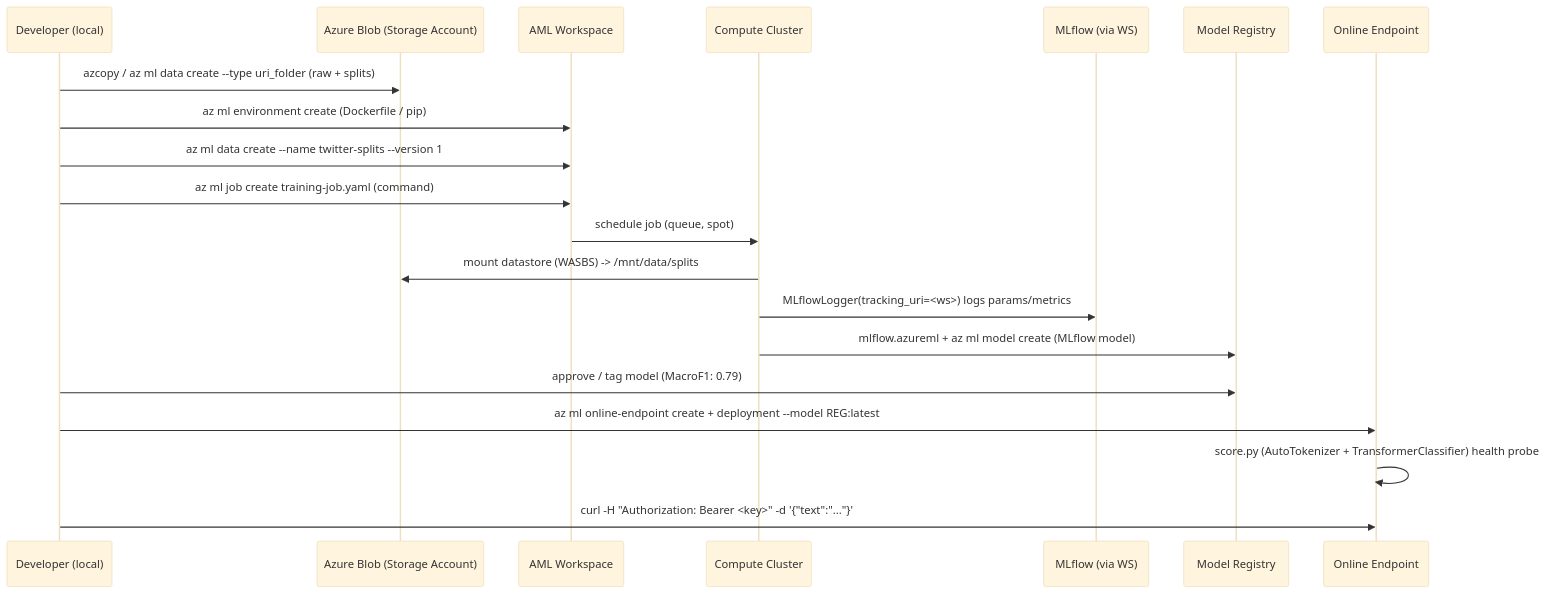
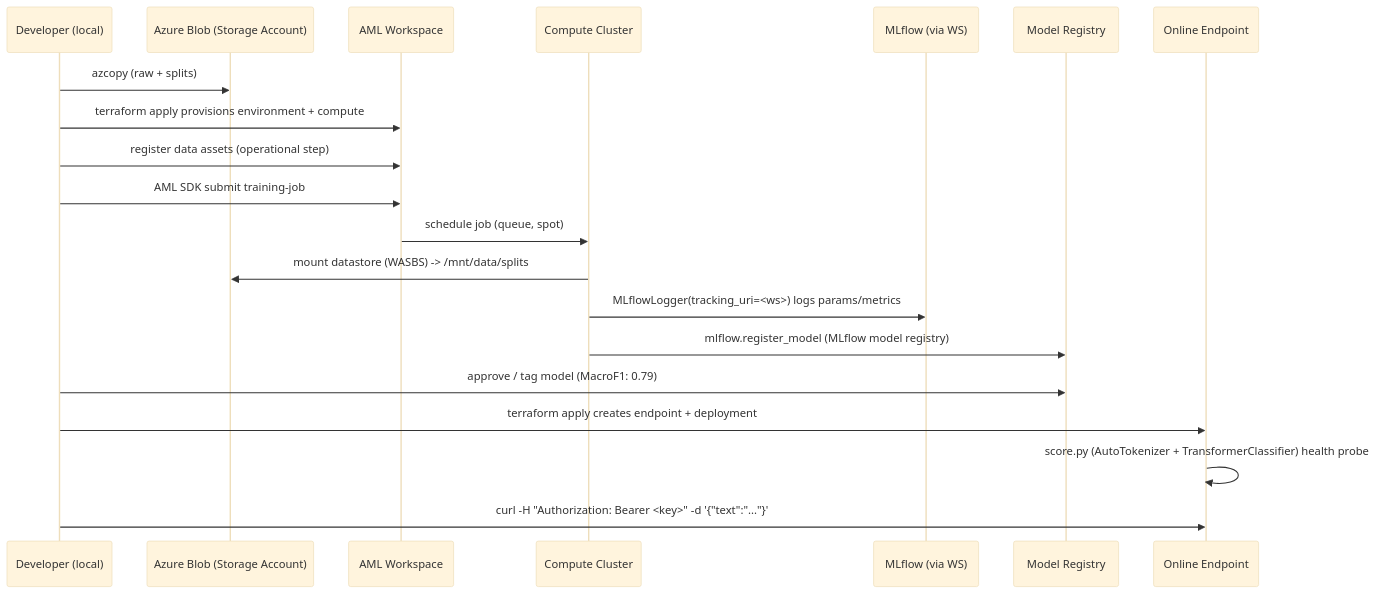
The second of 2 diagrams in docs/azure-infrastructure-plan.md (michaelschott00/twitter-sentiment-analysis), drawn with Mermaid (base theme) before and after one commit. The commit also changed other lines of this file, not shown here.

````diff
--- a/docs/azure-infrastructure-plan.md
+++ b/docs/azure-infrastructure-plan.md
@@ -122,23 +102,23 @@
 ```mermaid
 sequenceDiagram
     participant Dev as Developer (local)
     participant SA as Azure Blob (Storage Account)
     participant WS as AML Workspace
     participant CC as Compute Cluster
     participant ML as MLflow (via WS)
     participant REG as Model Registry
     participant EP as Online Endpoint
 
-    Dev->>SA: azcopy / az ml data create --type uri_folder (raw + splits)
-    Dev->>WS: az ml environment create (Dockerfile / pip)
-    Dev->>WS: az ml data create --name twitter-splits --version 1
-    Dev->>WS: az ml job create training-job.yaml (command)
+    Dev->>SA: azcopy (raw + splits)
+    Dev->>WS: terraform apply provisions environment + compute
+    Dev->>WS: register data assets (operational step)
+    Dev->>WS: AML SDK submit training-job
     WS->>CC: schedule job (queue, spot)
     CC->>SA: mount datastore (WASBS) -> /mnt/data/splits
     CC->>ML: MLflowLogger(tracking_uri=<ws>) logs params/metrics
-    CC->>REG: mlflow.azureml + az ml model create (MLflow model)
+    CC->>REG: mlflow.register_model (MLflow model registry)
     Dev->>REG: approve / tag model (MacroF1: 0.79)
-    Dev->>EP: az ml online-endpoint create + deployment --model REG:latest
+    Dev->>EP: terraform apply creates endpoint + deployment
     EP->>EP: score.py (AutoTokenizer + TransformerClassifier) health probe
     Dev->>EP: curl -H "Authorization: Bearer <key>" -d '{"text":"..."}'
 ```
````
